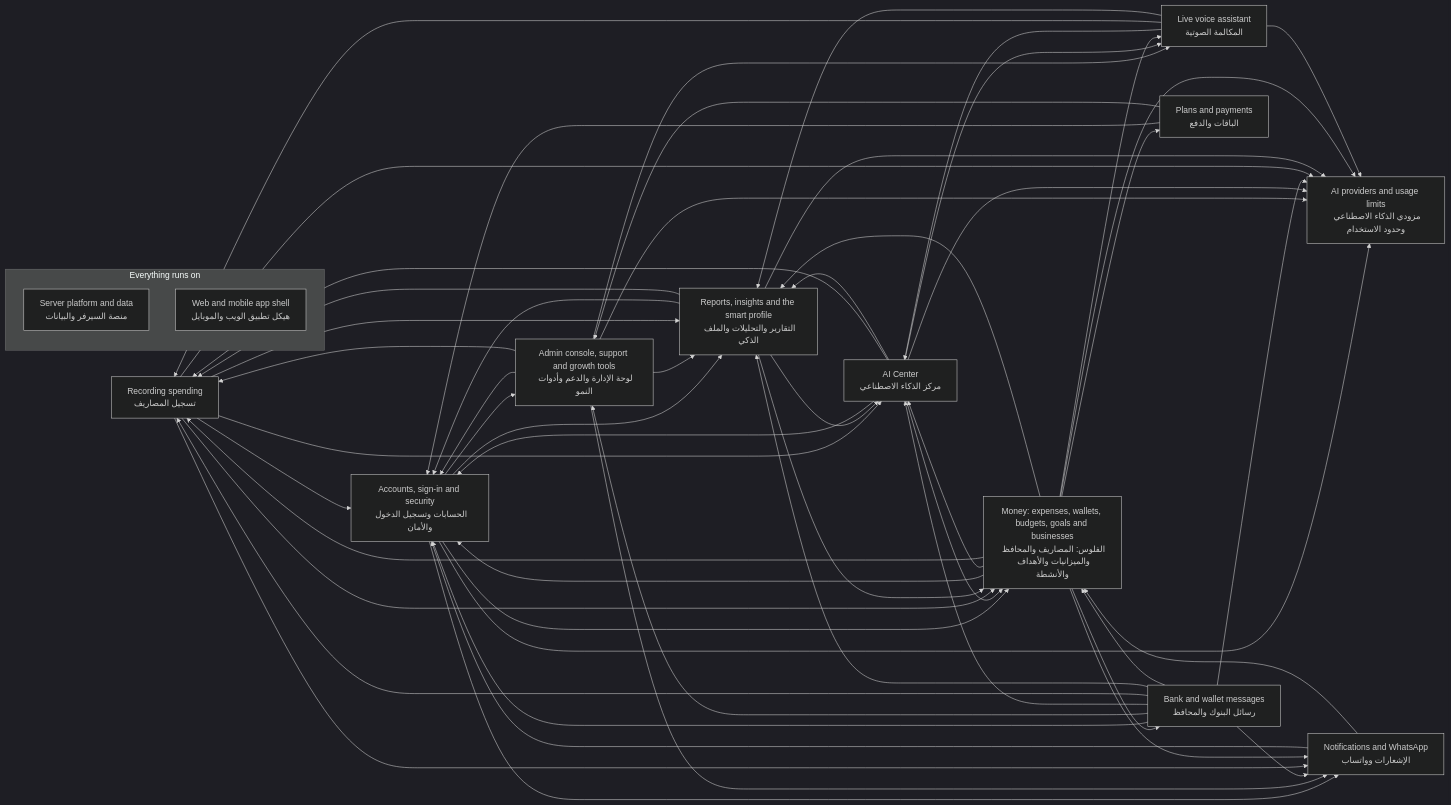
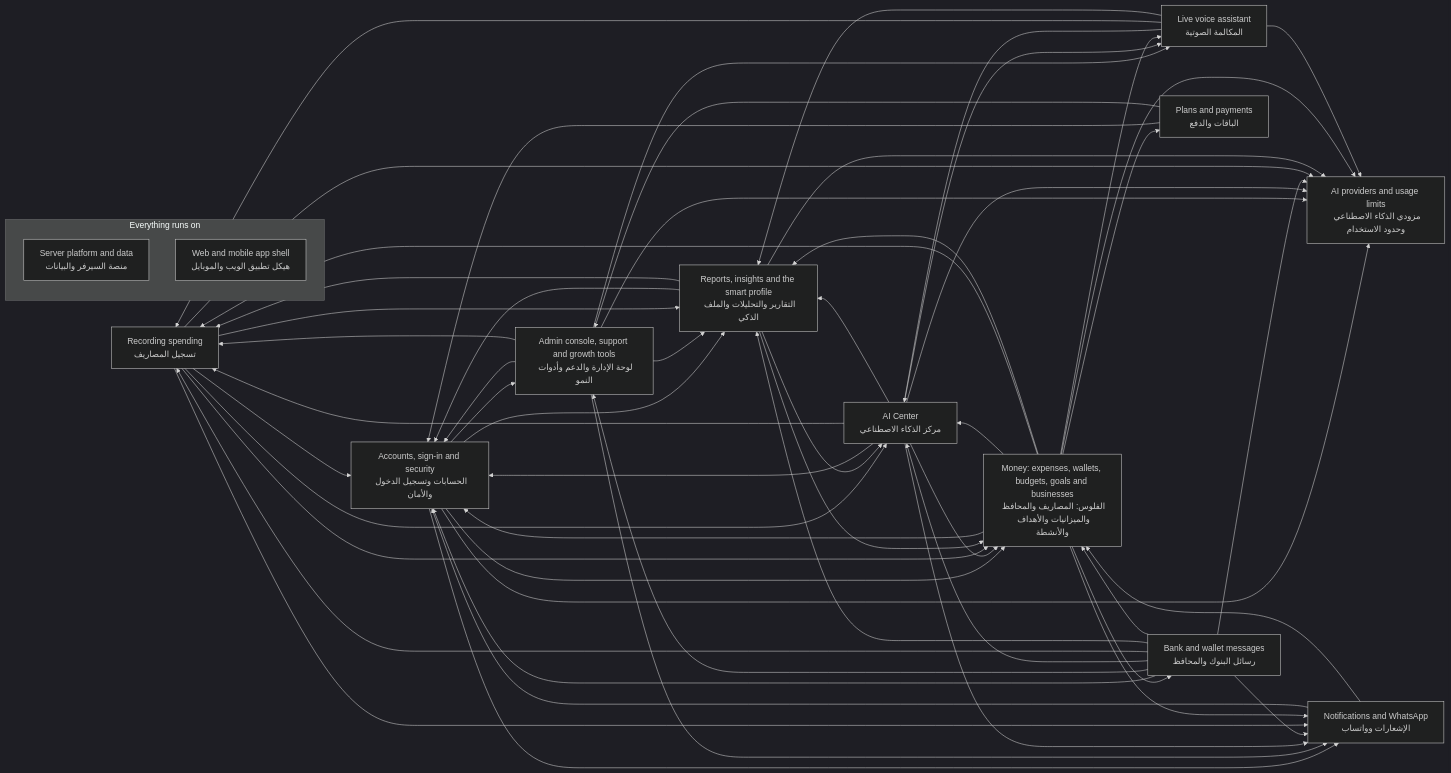
Before and after one commit to mahmoudtaherr111/smartspend_mini_all: the diagram in docs/atlas/systems/README.md, drawn with Mermaid (dark theme). The commit also changed other lines of this file and 22 other files, not shown here.

````diff
--- a/docs/atlas/systems/README.md
+++ b/docs/atlas/systems/README.md
@@ -15,71 +15,72 @@
 ```mermaid
 flowchart LR
   sys_expense_capture["Recording spending<br/>تسجيل المصاريف"]
   sys_bank_messages["Bank and wallet messages<br/>رسائل البنوك والمحافظ"]
   sys_voice_calls["Live voice assistant<br/>المكالمة الصوتية"]
   sys_ai_center["AI Center<br/>مركز الذكاء الاصطناعي"]
   sys_insights["Reports, insights and the smart profile<br/>التقارير والتحليلات والملف الذكي"]
   sys_money["Money: expenses, wallets, budgets, goals and businesses<br/>الفلوس: المصاريف والمحافظ والميزانيات والأهداف والأنشطة"]
   sys_accounts["Accounts, sign-in and security<br/>الحسابات وتسجيل الدخول والأمان"]
   sys_billing["Plans and payments<br/>الباقات والدفع"]
   sys_notifications["Notifications and WhatsApp<br/>الإشعارات وواتساب"]
   sys_admin["Admin console, support and growth tools<br/>لوحة الإدارة والدعم وأدوات النمو"]
   sys_ai_platform["AI providers and usage limits<br/>مزودي الذكاء الاصطناعي وحدود الاستخدام"]
   subgraph g_foundation["Everything runs on"]
     sys_platform["Server platform and data<br/>منصة السيرفر والبيانات"]
     sys_web_app["Web and mobile app shell<br/>هيكل تطبيق الويب والموبايل"]
   end
   sys_accounts --> sys_admin
   sys_accounts --> sys_ai_platform
   sys_accounts --> sys_insights
   sys_accounts --> sys_money
   sys_accounts --> sys_notifications
   sys_admin --> sys_accounts
   sys_admin --> sys_ai_platform
   sys_admin --> sys_expense_capture
   sys_admin --> sys_insights
   sys_admin --> sys_notifications
   sys_admin --> sys_voice_calls
   sys_ai_center --> sys_accounts
   sys_ai_center --> sys_ai_platform
   sys_ai_center --> sys_expense_capture
   sys_ai_center --> sys_insights
   sys_ai_center --> sys_money
+  sys_ai_center --> sys_notifications
   sys_ai_center --> sys_voice_calls
   sys_bank_messages --> sys_accounts
   sys_bank_messages --> sys_admin
   sys_bank_messages --> sys_ai_center
   sys_bank_messages --> sys_ai_platform
   sys_bank_messages --> sys_expense_capture
   sys_bank_messages --> sys_insights
   sys_bank_messages --> sys_money
   sys_bank_messages --> sys_notifications
   sys_billing --> sys_accounts
   sys_billing --> sys_admin
   sys_expense_capture --> sys_accounts
   sys_expense_capture --> sys_ai_center
   sys_expense_capture --> sys_ai_platform
   sys_expense_capture --> sys_insights
   sys_expense_capture --> sys_money
   sys_expense_capture --> sys_notifications
   sys_insights --> sys_accounts
   sys_insights --> sys_ai_center
   sys_insights --> sys_ai_platform
   sys_insights --> sys_expense_capture
   sys_insights --> sys_money
   sys_money --> sys_accounts
   sys_money --> sys_ai_center
   sys_money --> sys_ai_platform
   sys_money --> sys_bank_messages
   sys_money --> sys_billing
   sys_money --> sys_expense_capture
   sys_money --> sys_insights
   sys_money --> sys_notifications
   sys_money --> sys_voice_calls
   sys_notifications --> sys_accounts
   sys_notifications --> sys_money
   sys_voice_calls --> sys_ai_center
   sys_voice_calls --> sys_ai_platform
   sys_voice_calls --> sys_expense_capture
   sys_voice_calls --> sys_insights
 ```
````
